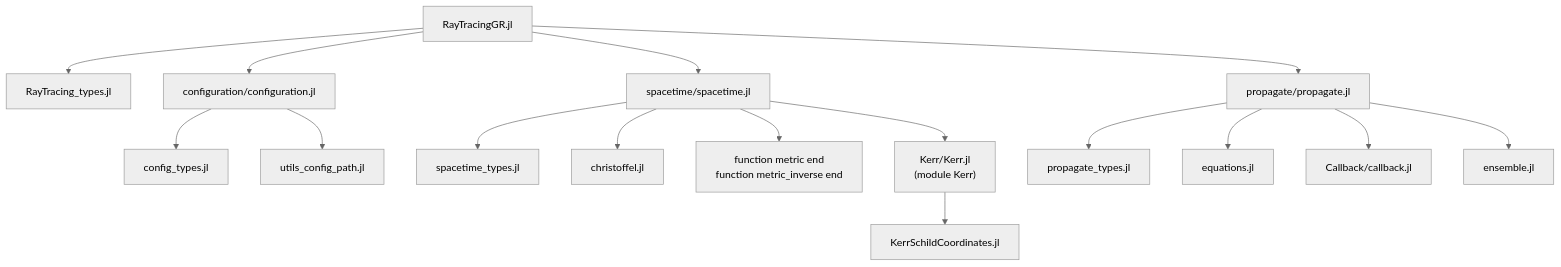
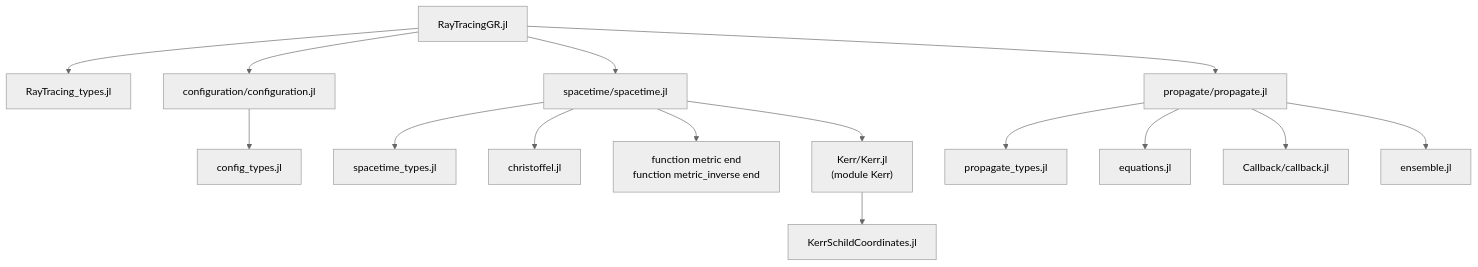
One commit to mabrudsky/RayTracingGR.jl changed the first of 2 diagrams in README.md. Above: the diagram before and after it, drawn with Mermaid (neutral theme). The commit also changed other lines of this file and 6 other files, not shown here.

````diff
--- a/README.md
+++ b/README.md
@@ -163,18 +160,17 @@
 ```mermaid
 flowchart TD
     A[RayTracingGR.jl] --> B[RayTracing_types.jl]
     A --> C[configuration/configuration.jl]
     C --> C1[config_types.jl]
-    C --> C2[utils_config_path.jl]
     A --> D[spacetime/spacetime.jl]
     D --> D1[spacetime_types.jl]
     D --> D2[christoffel.jl]
     D --> D3["function metric end<br/>function metric_inverse end"]
     D --> K["Kerr/Kerr.jl<br/>(module Kerr)"]
     K --> K1[KerrSchildCoordinates.jl]
     A --> E[propagate/propagate.jl]
     E --> E1[propagate_types.jl]
     E --> E2[equations.jl]
     E --> E3[Callback/callback.jl]
     E --> E4[ensemble.jl]
 ```
````
